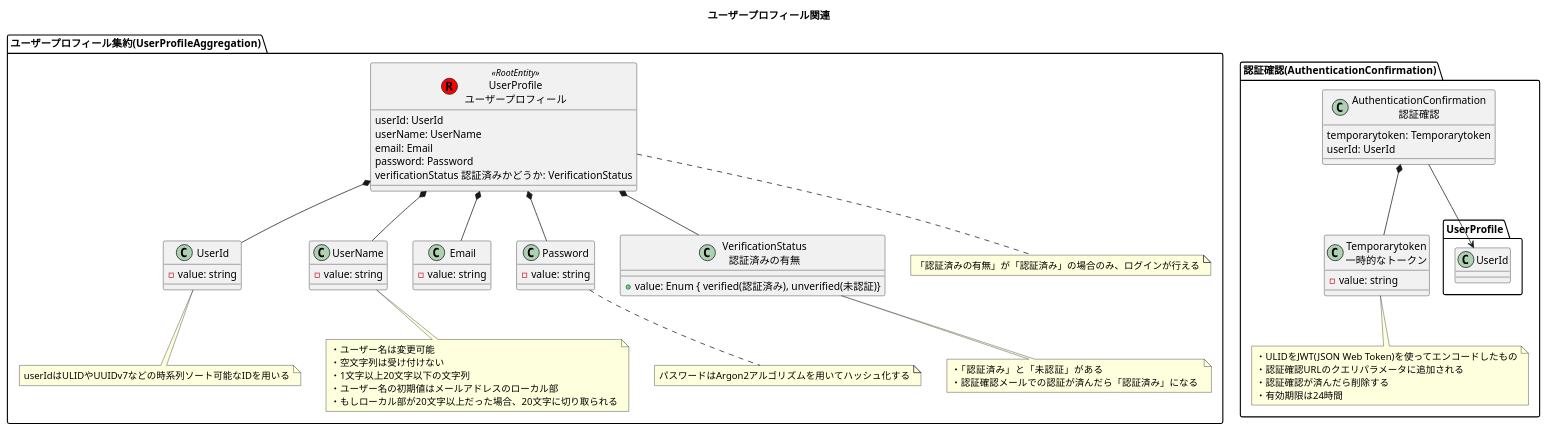
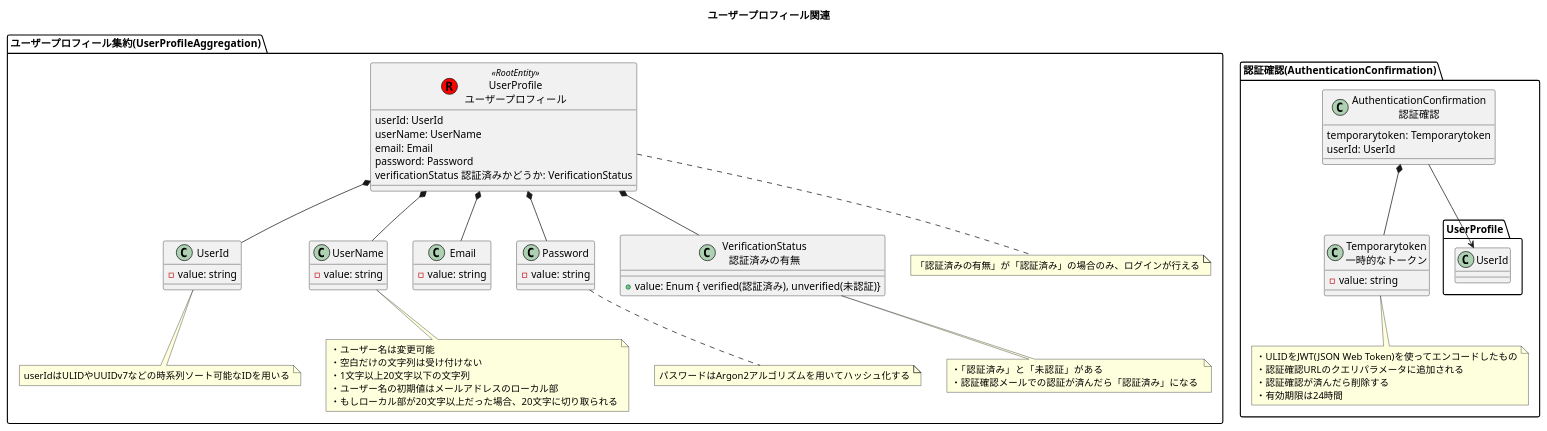
One commit to h-maki2/identityAccess changed the diagram in modelingDiagram/domainModelDiagram/ユーザープロフィール関連.pu. Above: the diagram before and after it, drawn with PlantUML. The commit also changed 3 other files, not shown here.

```diff
--- a/modelingDiagram/domainModelDiagram/ユーザープロフィール関連.pu
+++ b/modelingDiagram/domainModelDiagram/ユーザープロフィール関連.pu
@@ -1,87 +1,87 @@
 @startuml ユーザープロフィール関連
 
 title ユーザープロフィール関連
 
 package "ユーザープロフィール集約(UserProfileAggregation)" {
     class "UserProfile\nユーザープロフィール" as UserProfile << (R,red) RootEntity >> {
         userId: UserId
         userName: UserName
         email: Email
         password: Password
         verificationStatus 認証済みかどうか: VerificationStatus
     }
 
     class UserId {
         - value: string
     }
 
     class UserName {
         - value: string
     }
 
     class Email {
         - value: string
     }
 
     class Password {
         - value: string
     }
 
     class "VerificationStatus\n認証済みの有無" as VerificationStatus {
         + value: Enum { verified(認証済み), unverified(未認証)}
     }
 
     note bottom of UserProfile
         「認証済みの有無」が「認証済み」の場合のみ、ログインが行える
     end note
 
     note bottom of UserId
         userIdはULIDやUUIDv7などの時系列ソート可能なIDを用いる
     end note
 
     note bottom of UserName
         ・ユーザー名は変更可能
-        ・空文字列は受け付けない
+        ・空白だけの文字列は受け付けない
         ・1文字以上20文字以下の文字列
         ・ユーザー名の初期値はメールアドレスのローカル部
         ・もしローカル部が20文字以上だった場合、20文字に切り取られる
     end note
 
     note bottom of VerificationStatus
         ・「認証済み」と「未認証」がある
         ・認証確認メールでの認証が済んだら「認証済み」になる 
     end note
 
     note bottom of Password
         パスワードはArgon2アルゴリズムを用いてハッシュ化する
     end note
 
     UserProfile *-down- UserId
     UserProfile *-down- UserName
     UserProfile *-down- Email
     UserProfile *-down- Password
     UserProfile *-down- VerificationStatus
 }
 
 package "認証確認(AuthenticationConfirmation)" {
     class "AuthenticationConfirmation\n認証確認" as AuthenticationConfirmation {
         temporarytoken: Temporarytoken
         userId: UserId
     }
 
     class "Temporarytoken\n一時的なトークン" as Temporarytoken {
         - value: string
     }
 
     note bottom of Temporarytoken
         ・ULIDをJWT(JSON Web Token)を使ってエンコードしたもの
         ・認証確認URLのクエリパラメータに追加される
         ・認証確認が済んだら削除する
         ・有効期限は24時間
     end note
 
     AuthenticationConfirmation *-down- Temporarytoken
     AuthenticationConfirmation -down-> UserProfile.UserId
 }
 
 @enduml
```
